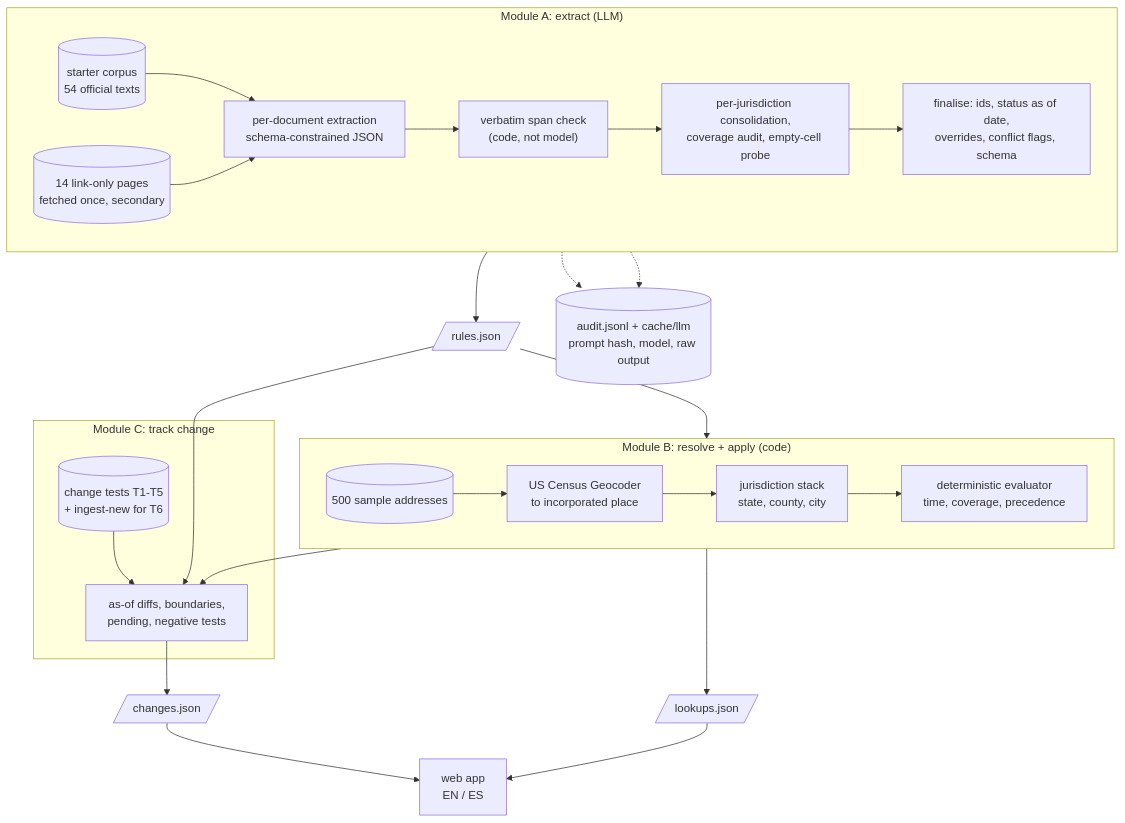
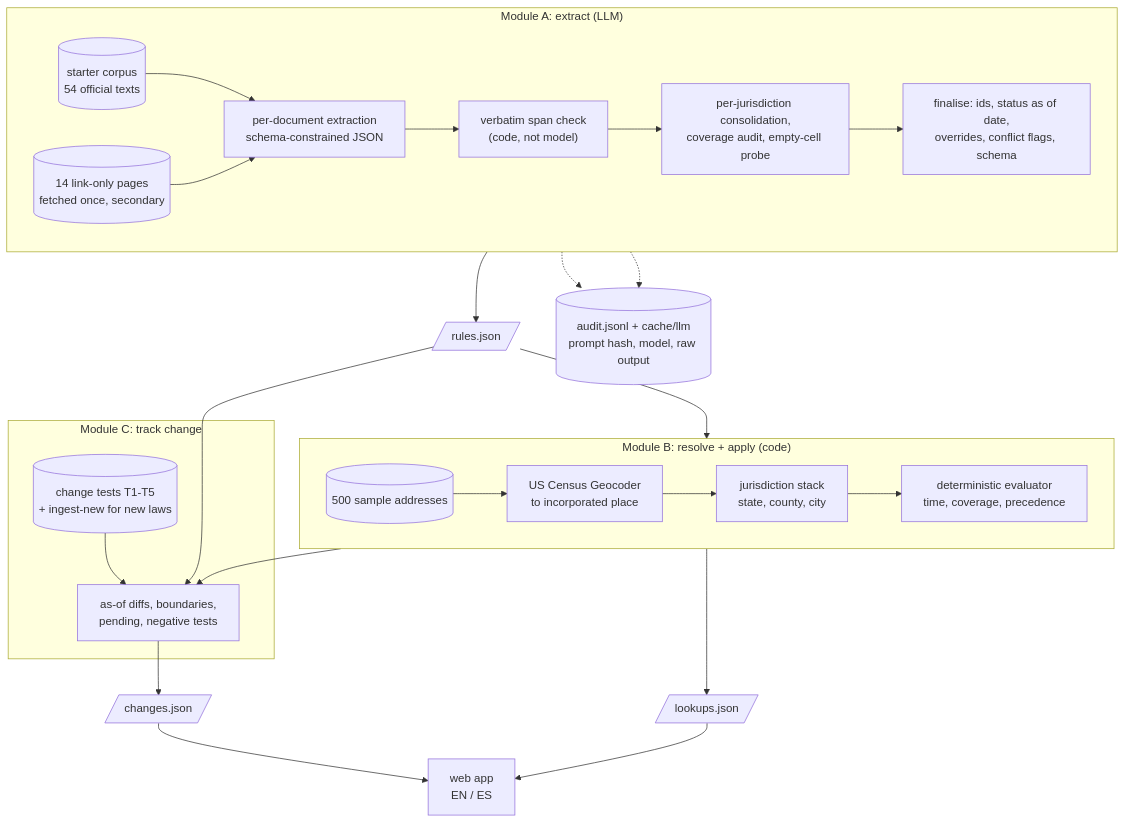
One commit to isaaclins/rental-law-navigator changed the diagram in README.md. Above: the diagram before and after it, drawn with Mermaid. The commit also changed other lines of this file and 2 other files, not shown here.

````diff
--- a/README.md
+++ b/README.md
@@ -101,30 +94,30 @@
 ```mermaid
 flowchart TB
   subgraph A["Module A: extract (LLM)"]
     direction LR
     C[("starter corpus<br/>54 official texts")] --> X
     S2[("14 link-only pages<br/>fetched once, secondary")] --> X
     X["per-document extraction<br/>schema-constrained JSON"] --> V["verbatim span check<br/>(code, not model)"]
     V --> RV["per-jurisdiction consolidation,<br/>coverage audit, empty-cell probe"]
     RV --> F["finalise: ids, status as of date,<br/>overrides, conflict flags, schema"]
   end
   subgraph B["Module B: resolve + apply (code)"]
     direction LR
     AD[("500 sample addresses")] --> G["US Census Geocoder<br/>to incorporated place"]
     G --> J["jurisdiction stack<br/>state, county, city"]
     J --> E["deterministic evaluator<br/>time, coverage, precedence"]
   end
   subgraph CC["Module C: track change"]
-    T[("change tests T1-T5<br/>+ ingest-new for T6")] --> D["as-of diffs, boundaries,<br/>pending, negative tests"]
+    T[("change tests T1-T5<br/>+ ingest-new for new laws")] --> D["as-of diffs, boundaries,<br/>pending, negative tests"]
   end
   F --> RJ[/"rules.json"/]
   RJ --> E
   E --> LJ[/"lookups.json"/]
   RJ --> D
   E --> D
   D --> CJ[/"changes.json"/]
   LJ --> W["web app<br/>EN / ES"]
   CJ --> W
   X -.-> AU[("audit.jsonl + cache/llm<br/>prompt hash, model, raw output")]
   RV -.-> AU
 ```
````
